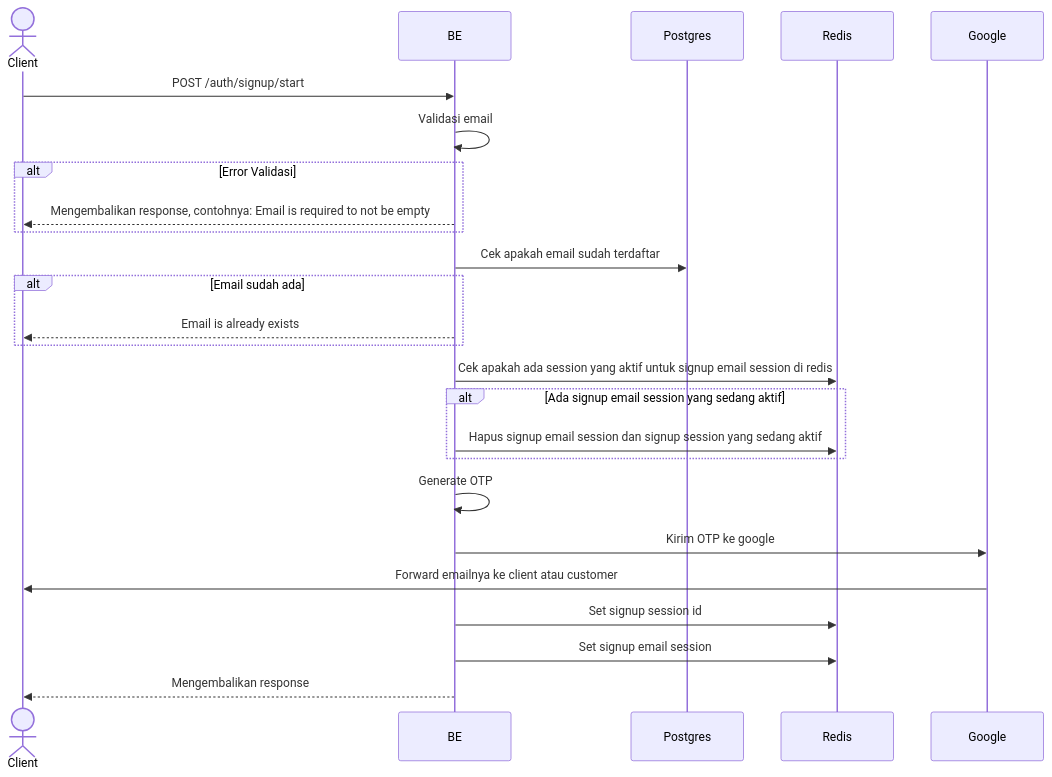
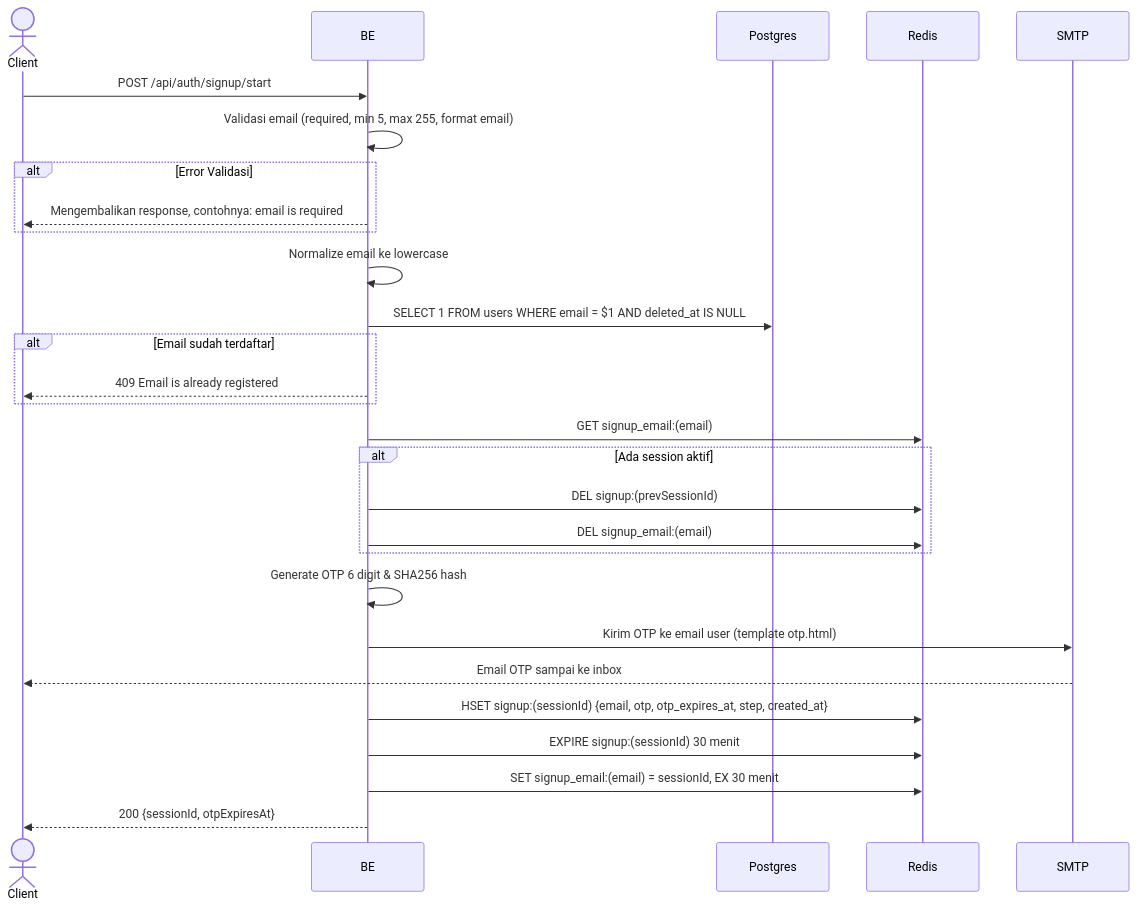
Before and after one commit to ferdian3456/virdanproject: the diagram in docs/flows/id/start_signup.md, drawn with Mermaid. The commit also changed other lines of this file and 107 other files, not shown here.

First line of the commit message:
VIR-93: Migrasi docs flow ke docs/flows/{id,en} + swagger multi-target Makefile (id/en) (#25)

````diff
--- a/docs/flows/id/start_signup.md
+++ b/docs/flows/id/start_signup.md
@@ -13,28 +13,31 @@
 ```mermaid
 sequenceDiagram
     actor Client
     participant BE
     participant Postgres
     participant Redis
-    participant Google
+    participant SMTP
 
-    Client->>BE: POST /auth/signup/start
-    BE->>BE: Validasi email
+    Client->>BE: POST /api/auth/signup/start
+    BE->>BE: Validasi email (required, min 5, max 255, format email)
     alt Error Validasi
-        BE-->>Client: Mengembalikan response, contohnya: Email is required to not be empty
+        BE-->>Client: Mengembalikan response, contohnya: email is required
     end
-    BE->>Postgres: Cek apakah email sudah terdaftar
-    alt Email sudah ada
-        BE-->>Client: Email is already exists
+    BE->>BE: Normalize email ke lowercase
+    BE->>Postgres: SELECT 1 FROM users WHERE email = $1 AND deleted_at IS NULL
+    alt Email sudah terdaftar
+        BE-->>Client: 409 Email is already registered
     end
-    BE->>Redis: Cek apakah ada session yang aktif untuk signup email session di redis
-    alt Ada signup email session yang sedang aktif
-        BE->>Redis: Hapus signup email session dan signup session yang sedang aktif
+    BE->>Redis: GET signup_email:(email)
+    alt Ada session aktif
+        BE->>Redis: DEL signup:(prevSessionId)
+        BE->>Redis: DEL signup_email:(email)
     end
-    BE->>BE: Generate OTP
-    BE->>Google: Kirim OTP ke google
-    Google->>Client: Forward emailnya ke client atau customer
-    BE->>Redis: Set signup session id
-    BE->>Redis: Set signup email session
-    BE-->>Client: Mengembalikan response
+    BE->>BE: Generate OTP 6 digit & SHA256 hash
+    BE->>SMTP: Kirim OTP ke email user (template otp.html)
+    SMTP-->>Client: Email OTP sampai ke inbox
+    BE->>Redis: HSET signup:(sessionId) {email, otp, otp_expires_at, step, created_at}
+    BE->>Redis: EXPIRE signup:(sessionId) 30 menit
+    BE->>Redis: SET signup_email:(email) = sessionId, EX 30 menit
+    BE-->>Client: 200 {sessionId, otpExpiresAt}
 ```
````
